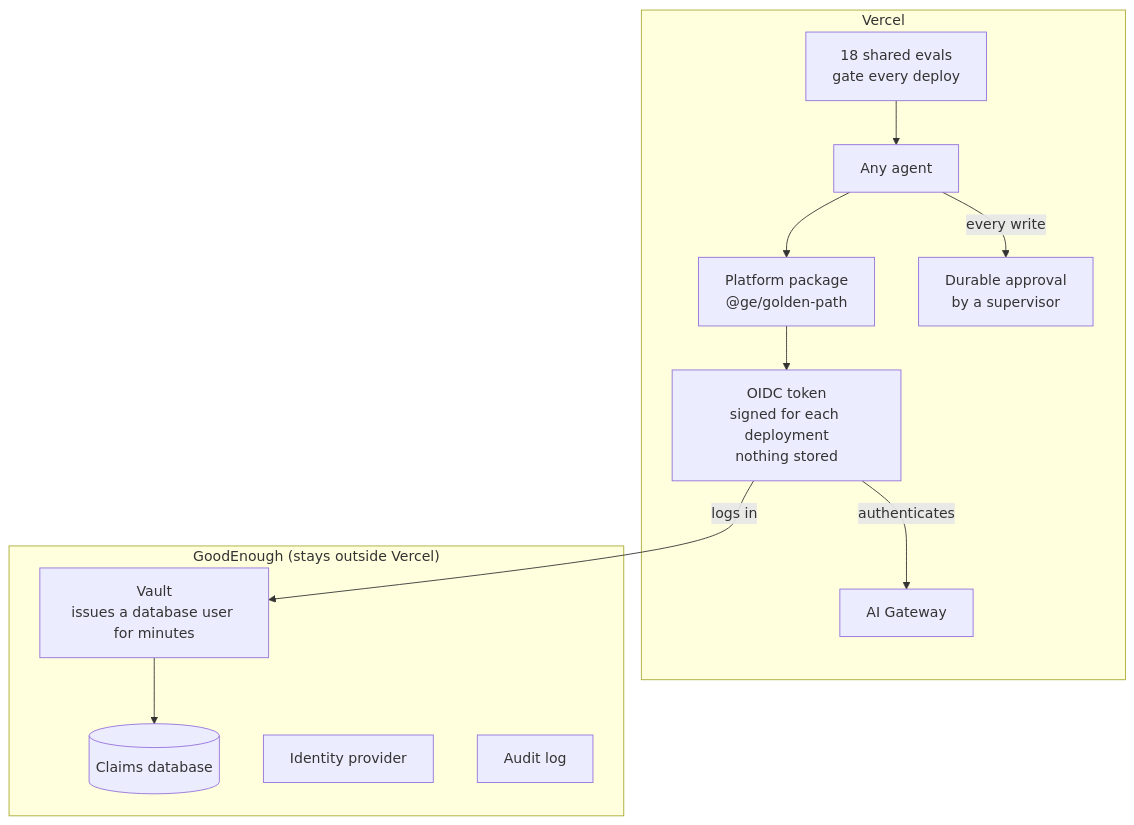
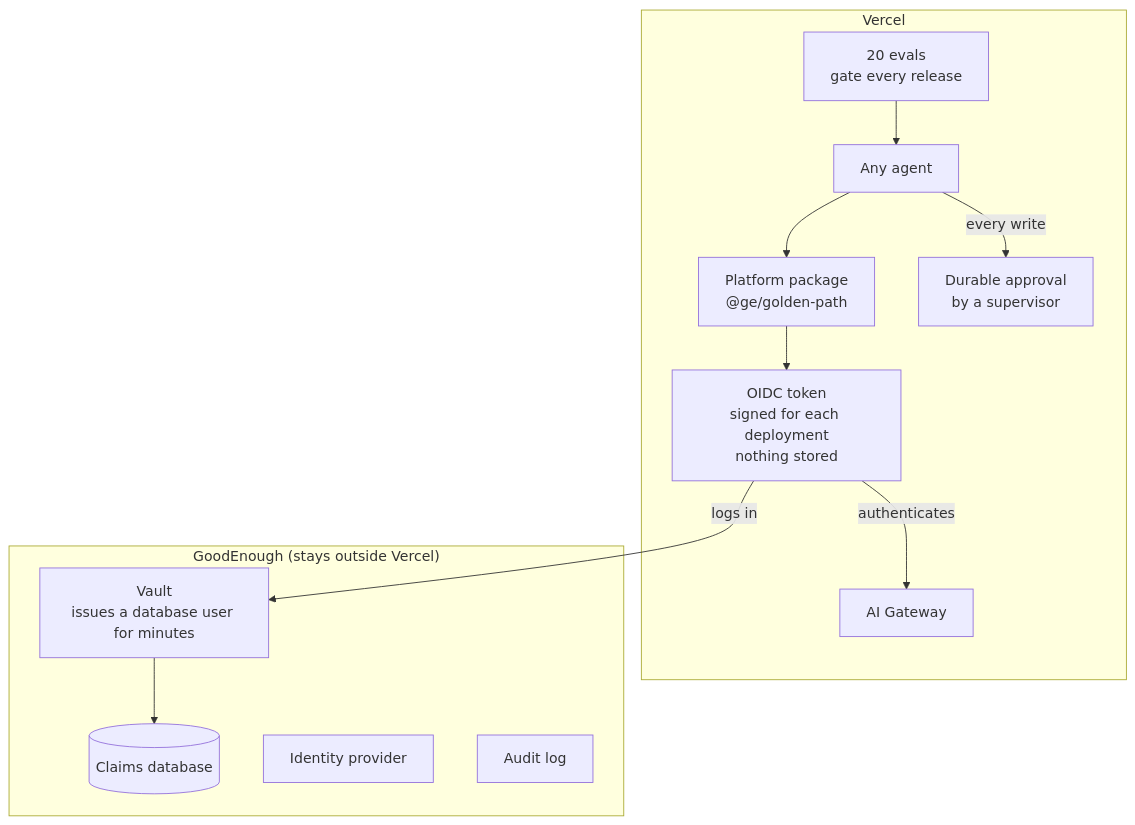
Before and after one commit to cmylchan/goodenoughinsurance-eve-migration-demo: the second of 3 diagrams in docs/SUBMISSION.md, drawn with Mermaid. The commit also changed other lines of this file and 5 other files, not shown here.

````diff
--- a/docs/SUBMISSION.md
+++ b/docs/SUBMISSION.md
@@ -73,18 +129,18 @@
 ```mermaid
 flowchart TB
   subgraph VC["Vercel"]
-    E["18 shared evals<br/>gate every deploy"] --> A["Any agent"]
+    E["20 evals<br/>gate every release"] --> A["Any agent"]
     A --> G["Platform package<br/>@ge/golden-path"]
     A -- "every write" --> W["Durable approval<br/>by a supervisor"]
     G --> O["OIDC token<br/>signed for each deployment<br/>nothing stored"]
     O -- "authenticates" --> M["AI Gateway"]
   end
   subgraph CU["GoodEnough (stays outside Vercel)"]
     V["Vault<br/>issues a database user for minutes"]
     DB[("Claims database")]
     I["Identity provider"]
     AU["Audit log"]
   end
   O -- "logs in" --> V
   V --> DB
 ```
````
